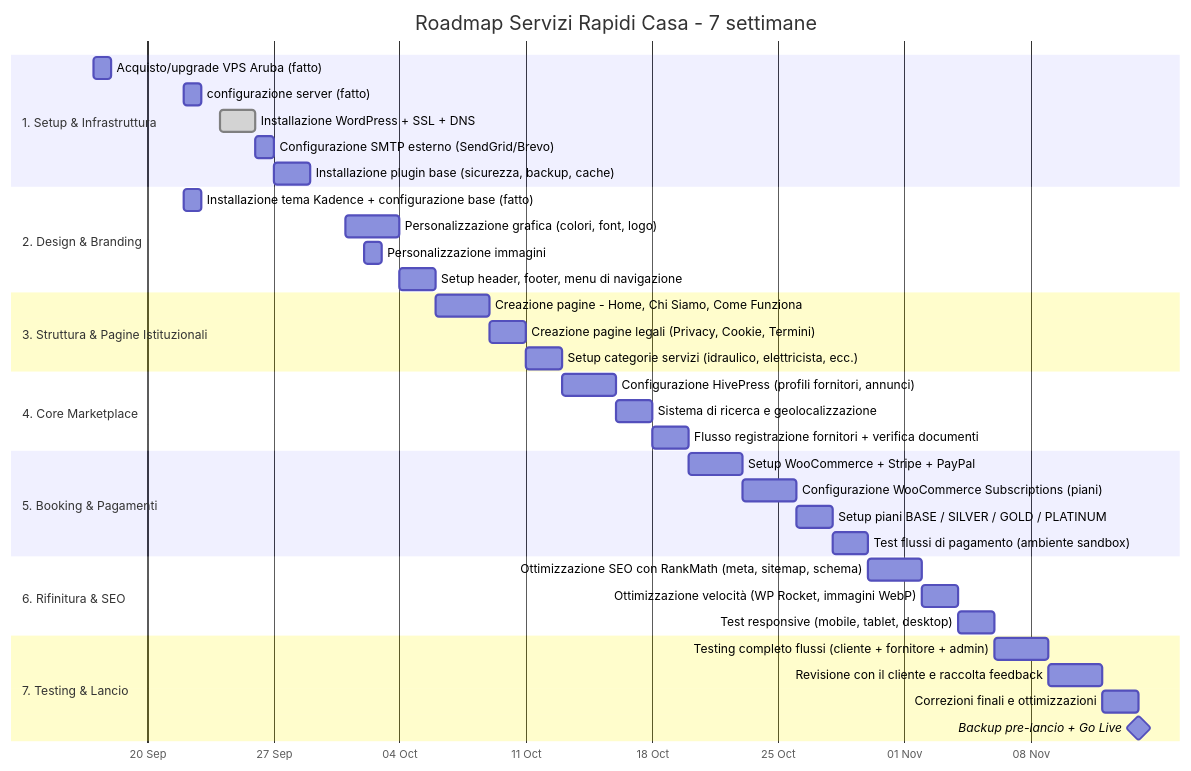
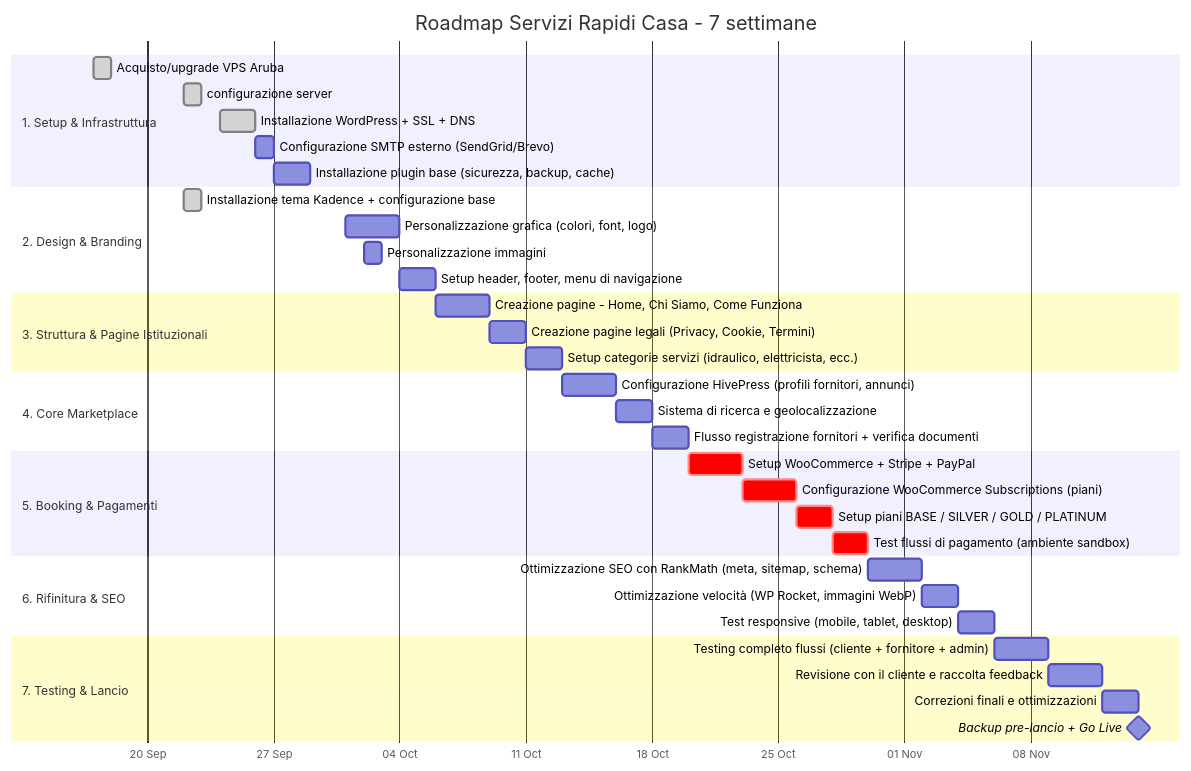
One commit to BarbaraLol/servizi_rapidi_casa changed the diagram in src_roadmap.md. Above: the diagram before and after it, drawn with Mermaid.

````diff
--- a/src_roadmap.md
+++ b/src_roadmap.md
@@ -17,46 +17,46 @@
 ```mermaid
 gantt
     title Roadmap Servizi Rapidi Casa - 7 settimane
     dateFormat  DD-MM-YYYY
     axisFormat  %d %b
 
     section 1. Setup & Infrastruttura
-    Acquisto/upgrade VPS Aruba (fatto)                         :a1, 17-09-2026, 1d
-    configurazione server (fatto)                              :a2, 22-09-2026, 1d
+    Acquisto/upgrade VPS Aruba                         :done, a1, 17-09-2026, 1d
+    configurazione server                             :done, a2, 22-09-2026, 1d
     Installazione WordPress + SSL + DNS               :done, a3, 24-09-2026, 2d
     Configurazione SMTP esterno (SendGrid/Brevo)               :a4, 26-09-2026, 1d
     Installazione plugin base (sicurezza, backup, cache)       :a5, 27-09-2026, 2d
 
     section 2. Design & Branding
-    Installazione tema Kadence + configurazione base (fatto)          :a6, 22-09-2026, 1d
+    Installazione tema Kadence + configurazione base         :done, a6, 22-09-2026, 1d
     Personalizzazione grafica (colori, font, logo)             :a7, 01-10-2026, 3d
     Personalizzazione immagini                                 :a8, 02-10-2026, 1d
     Setup header, footer, menu di navigazione                  :a9, 04-10-2026, 2d
 
     section 3. Struttura & Pagine Istituzionali
     Creazione pagine - Home, Chi Siamo, Come Funziona           :a10, 06-10-2026, 3d
     Creazione pagine legali (Privacy, Cookie, Termini)         :a11, 09-10-2026, 2d
     Setup categorie servizi (idraulico, elettricista, ecc.)    :a12, 11-10-2026, 2d
 
     section 4. Core Marketplace
     Configurazione HivePress (profili fornitori, annunci)      :a13, 13-10-2026, 3d
     Sistema di ricerca e geolocalizzazione                     :a14, 16-10-2026, 2d
     Flusso registrazione fornitori + verifica documenti        :a15, 18-10-2026, 2d
 
     section 5. Booking & Pagamenti
-    Setup WooCommerce + Stripe + PayPal                        :a16, 20-10-2026, 3d
-    Configurazione WooCommerce Subscriptions (piani)           :a17, 23-10-2026, 3d
-    Setup piani BASE / SILVER / GOLD / PLATINUM                :a18, 26-10-2026, 2d
-    Test flussi di pagamento (ambiente sandbox)                :a19, 28-10-2026, 2d
+    Setup WooCommerce + Stripe + PayPal                        :crit, a16, 20-10-2026, 3d
+    Configurazione WooCommerce Subscriptions (piani)           :crit, a17, 23-10-2026, 3d
+    Setup piani BASE / SILVER / GOLD / PLATINUM                :crit, a18, 26-10-2026, 2d
+    Test flussi di pagamento (ambiente sandbox)                :crit, a19, 28-10-2026, 2d
 
     section 6. Rifinitura & SEO
     Ottimizzazione SEO con RankMath (meta, sitemap, schema)    :a20, 30-10-2026, 3d
     Ottimizzazione velocità (WP Rocket, immagini WebP)         :a21, 02-11-2026, 2d
     Test responsive (mobile, tablet, desktop)                  :a22, 04-11-2026, 2d
 
     section 7. Testing & Lancio
     Testing completo flussi (cliente + fornitore + admin)      :a23, 06-11-2026, 3d
     Revisione con il cliente e raccolta feedback               :a24, 09-11-2026, 3d
     Correzioni finali e ottimizzazioni                         :a25, 12-11-2026, 2d
     Backup pre-lancio + Go Live                                :milestone, a26, 14-11-2026, 0d
 ```
````
